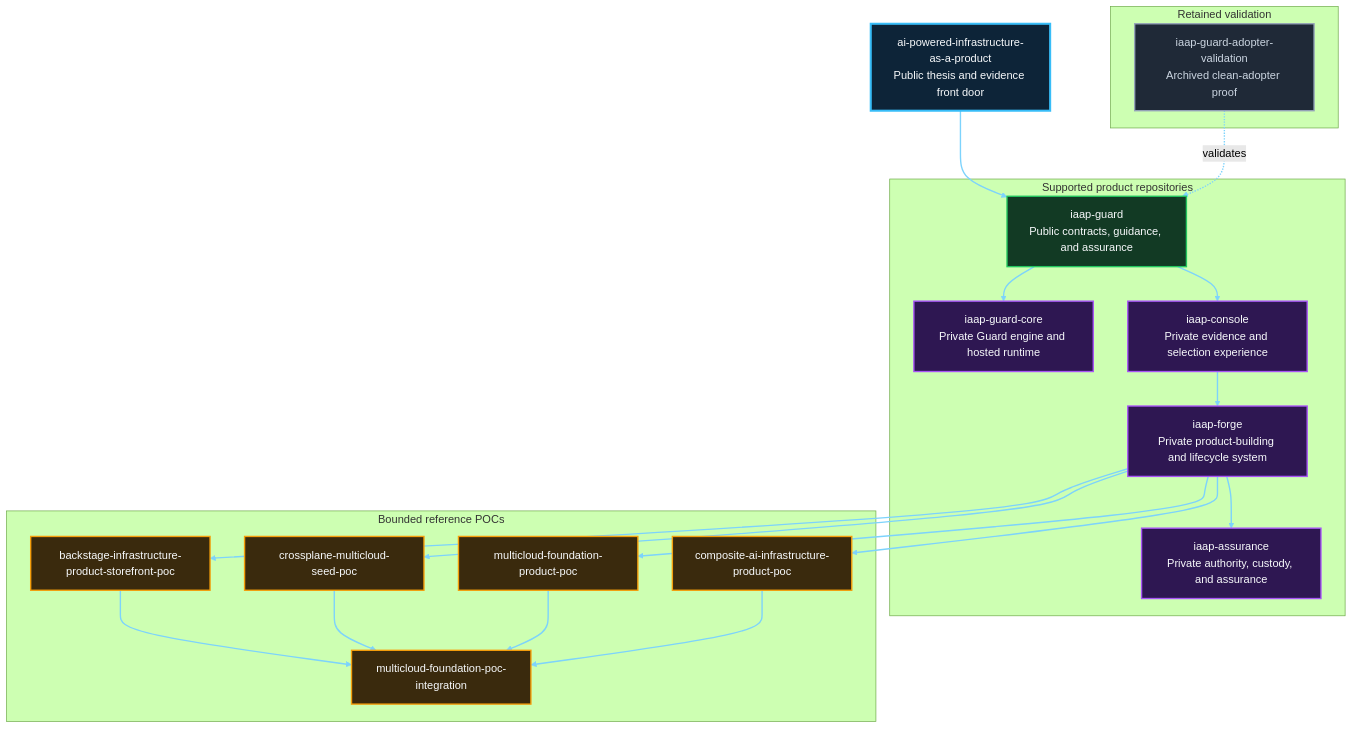
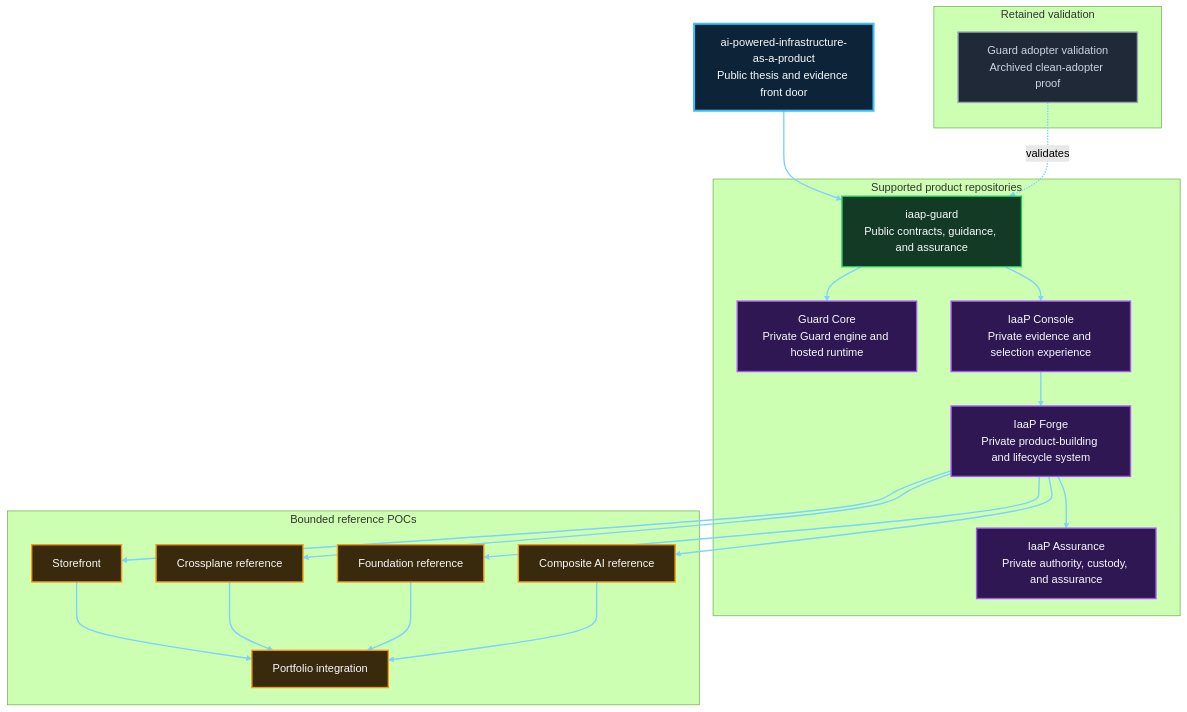
The fifth of 7 diagrams in README.md (InfrastructureProductWorks/ai-powered-infrastructure-as-a-product), drawn with Mermaid (forest theme) before and after one commit. The commit also changed other lines of this file and 18 other files, not shown here.

````diff
--- a/README.md
+++ b/README.md
@@ -553,53 +553,53 @@
 ```mermaid
 flowchart TB
   FRONT["ai-powered-infrastructure-as-a-product<br/>Public thesis and evidence front door"]
 
   subgraph PRODUCTS["Supported product repositories"]
     GUARD["iaap-guard<br/>Public contracts, guidance, and assurance"]
-    CORE["iaap-guard-core<br/>Private Guard engine and hosted runtime"]
-    CONSOLE["iaap-console<br/>Private evidence and selection experience"]
-    FORGE["iaap-forge<br/>Private product-building and lifecycle system"]
-    ASSURANCE["iaap-assurance<br/>Private authority, custody, and assurance"]
+    CORE["Guard Core<br/>Private Guard engine and hosted runtime"]
+    CONSOLE["IaaP Console<br/>Private evidence and selection experience"]
+    FORGE["IaaP Forge<br/>Private product-building and lifecycle system"]
+    ASSURANCE["IaaP Assurance<br/>Private authority, custody, and assurance"]
   end
 
   subgraph POCS["Bounded reference POCs"]
-    STORE["backstage-infrastructure-product-storefront-poc"]
-    SEED["crossplane-multicloud-seed-poc"]
-    FOUNDATION["multicloud-foundation-product-poc"]
-    COMPOSITE["composite-ai-infrastructure-product-poc"]
-    INTEGRATION["multicloud-foundation-poc-integration"]
+    STORE["Storefront"]
+    SEED["Crossplane reference"]
+    FOUNDATION["Foundation reference"]
+    COMPOSITE["Composite AI reference"]
+    INTEGRATION["Portfolio integration"]
   end
 
   subgraph RETAINED["Retained validation"]
-    ADOPTER["iaap-guard-adopter-validation<br/>Archived clean-adopter proof"]
+    ADOPTER["Guard adopter validation<br/>Archived clean-adopter proof"]
   end
 
   FRONT --> GUARD
   GUARD --> CORE
   GUARD --> CONSOLE
   CONSOLE --> FORGE
   FORGE --> ASSURANCE
   FORGE --> STORE
   FORGE --> SEED
   FORGE --> FOUNDATION
   FORGE --> COMPOSITE
   STORE --> INTEGRATION
   SEED --> INTEGRATION
   FOUNDATION --> INTEGRATION
   COMPOSITE --> INTEGRATION
   ADOPTER -. validates .-> GUARD
 
   classDef front fill:#0D2438,stroke:#38BDF8,stroke-width:3px,color:#F8FAFC
   classDef public fill:#123A24,stroke:#22C55E,stroke-width:2px,color:#F8FAFC
   classDef private fill:#2E1752,stroke:#A855F7,stroke-width:2px,color:#F8FAFC
   classDef internal fill:#102D55,stroke:#3B82F6,stroke-width:2px,color:#F8FAFC
   classDef poc fill:#3A2A0D,stroke:#F59E0B,stroke-width:2px,color:#F8FAFC
   classDef archived fill:#1F2937,stroke:#94A3B8,stroke-width:2px,color:#CBD5E1
 
   class FRONT front
   class GUARD public
   class CORE,CONSOLE,FORGE,ASSURANCE private
   class STORE,SEED,FOUNDATION,COMPOSITE,INTEGRATION poc
   class ADOPTER archived
   linkStyle default stroke:#7DD3FC,stroke-width:2px
 ```
````
